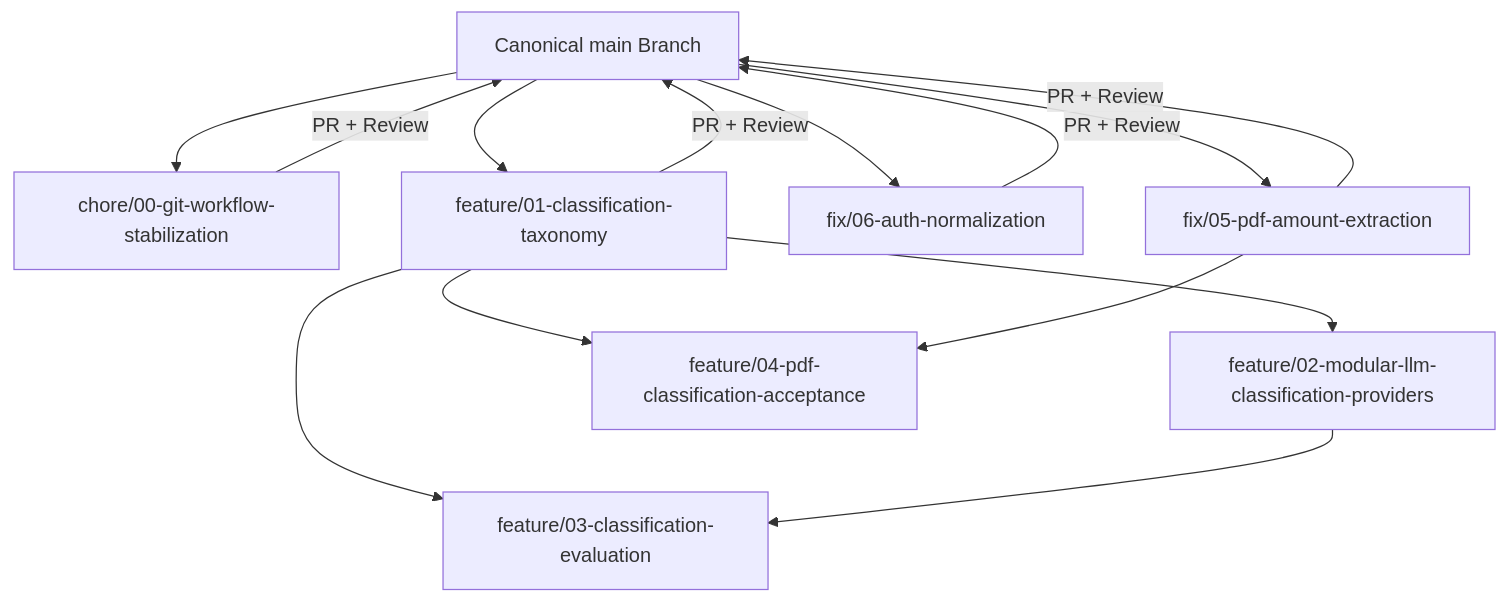
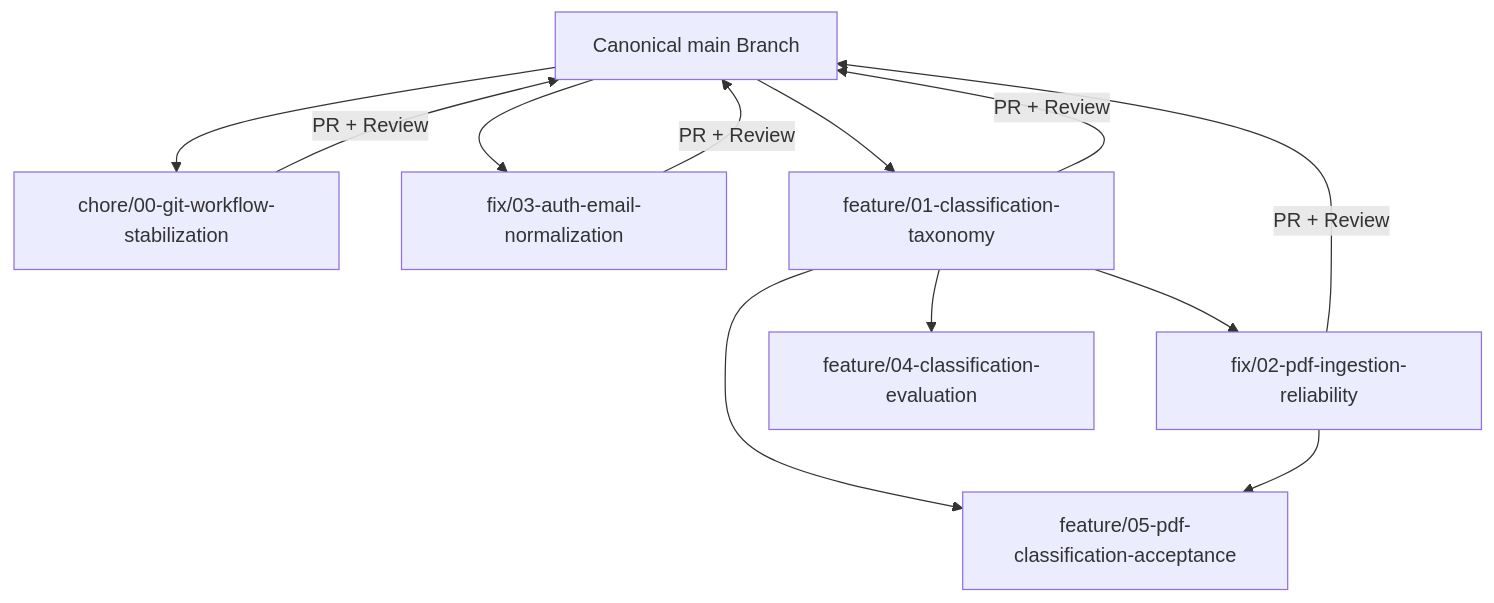
One commit to SumedhGaikwad03/Finance_one changed the diagram in docs/architecture/git-workflow.md. Above: the diagram before and after it, drawn with Mermaid. The commit also changed other lines of this file, not shown here.

````diff
--- a/docs/architecture/git-workflow.md
+++ b/docs/architecture/git-workflow.md
@@ -56,18 +55,16 @@
 ```mermaid
 flowchart TD
     Main[Canonical main Branch] --> B00[chore/00-git-workflow-stabilization]
-    Main --> B05[fix/05-pdf-amount-extraction]
-    Main --> B06[fix/06-auth-normalization]
+    Main --> B03[fix/03-auth-email-normalization]
     Main --> B01[feature/01-classification-taxonomy]
     
-    B01 --> B02[feature/02-modular-llm-classification-providers]
-    B01 --> B03[feature/03-classification-evaluation]
-    B02 --> B03
-    B01 --> B04[feature/04-pdf-classification-acceptance]
-    B05 --> B04
+    B01 --> B02[fix/02-pdf-ingestion-reliability]
+    B01 --> B04[feature/04-classification-evaluation]
+    B01 --> B05[feature/05-pdf-classification-acceptance]
+    B02 --> B05
 
     B00 -- PR + Review --> Main
-    B05 -- PR + Review --> Main
-    B06 -- PR + Review --> Main
+    B03 -- PR + Review --> Main
     B01 -- PR + Review --> Main
+    B02 -- PR + Review --> Main
 ```
````
